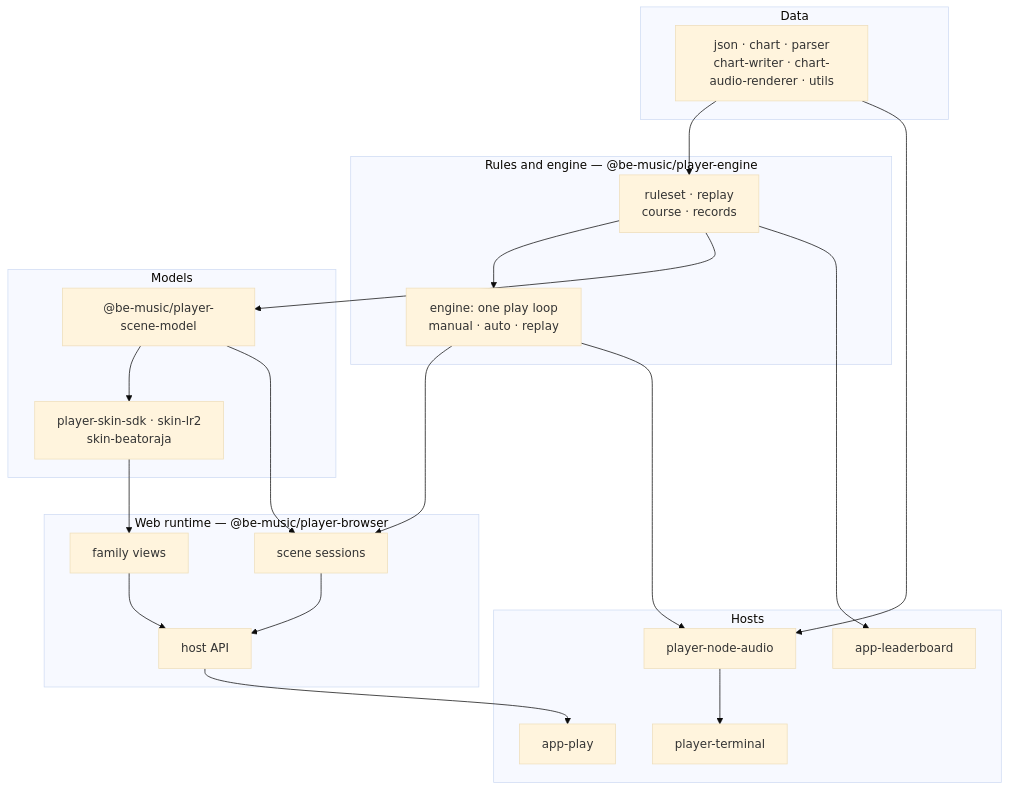
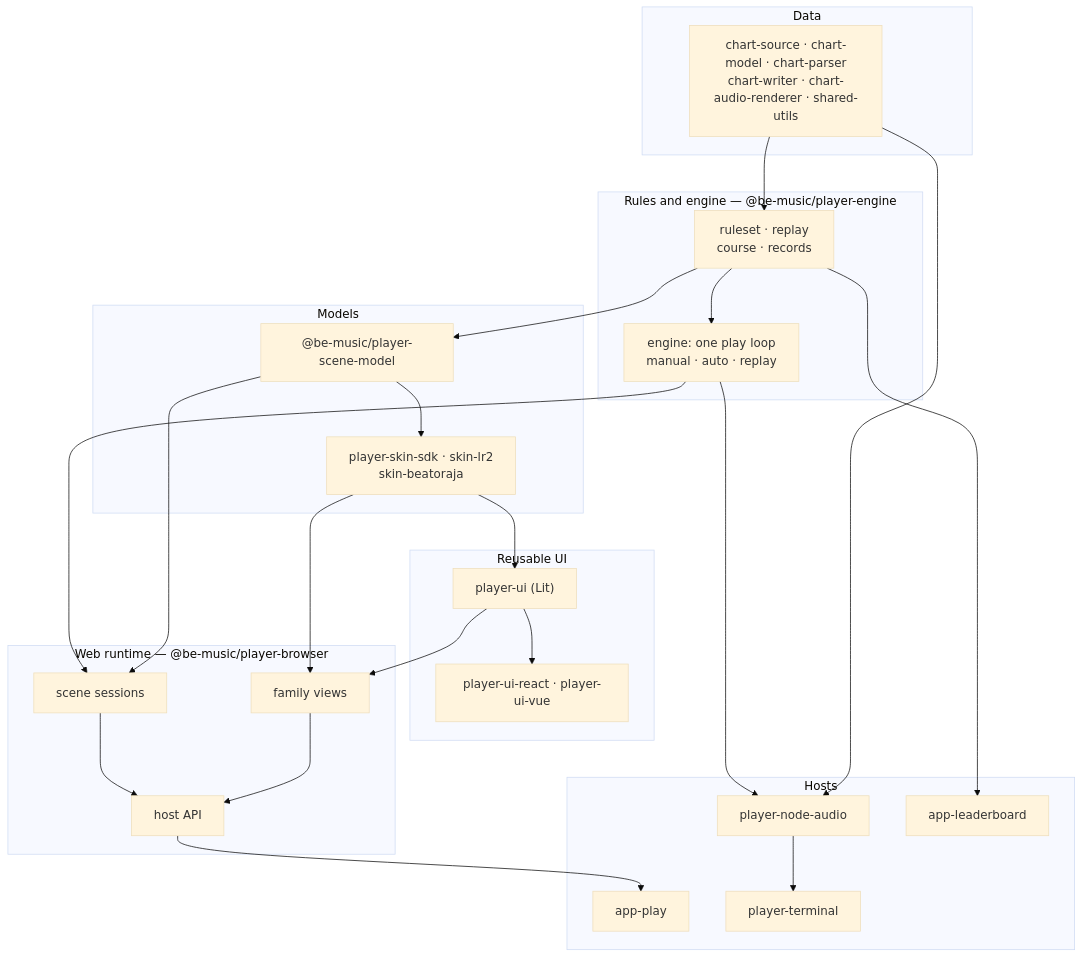
Before and after one commit to nulltask/be-music: the third of 3 diagrams in docs/architecture.md, drawn with Mermaid (base theme). The commit also changed other lines of this file and 15 other files, not shown here.

Commit message:
docs: refresh player architecture and integration guides [ci skip]

````diff
--- a/docs/architecture.md
+++ b/docs/architecture.md
@@ -181,37 +181,44 @@
 ```mermaid
 flowchart TD
   subgraph data["Data"]
-    d["json · chart · parser<br/>chart-writer · chart-audio-renderer · utils"]
+    d["chart-source · chart-model · chart-parser<br/>chart-writer · chart-audio-renderer · shared-utils"]
   end
   subgraph domain["Rules and engine — @be-music/player-engine"]
     rules["ruleset · replay<br/>course · records"]
     engine["engine: one play loop<br/>manual · auto · replay"]
   end
   subgraph models["Models"]
     scene["@be-music/player-scene-model"]
     skins["player-skin-sdk · skin-lr2<br/>skin-beatoraja"]
   end
+  subgraph presentation["Reusable UI"]
+    ui["player-ui (Lit)"]
+    wrappers["player-ui-react · player-ui-vue"]
+  end
+
   subgraph web["Web runtime — @be-music/player-browser"]
     sessions["scene sessions"]
     views["family views"]
     hostApi["host API"]
   end
   subgraph hosts["Hosts"]
     demo["app-play"]
     tui["player-terminal"]
     nodeaudio["player-node-audio"]
     lb["app-leaderboard"]
   end
 
   d --> rules --> engine
   rules --> scene --> skins
   engine --> sessions
   scene --> sessions
   skins --> views
+  skins --> ui --> views
+  ui --> wrappers
   sessions --> hostApi
   views --> hostApi
   hostApi --> demo
   engine --> nodeaudio --> tui
   d --> nodeaudio
   rules --> lb
 ```
````
